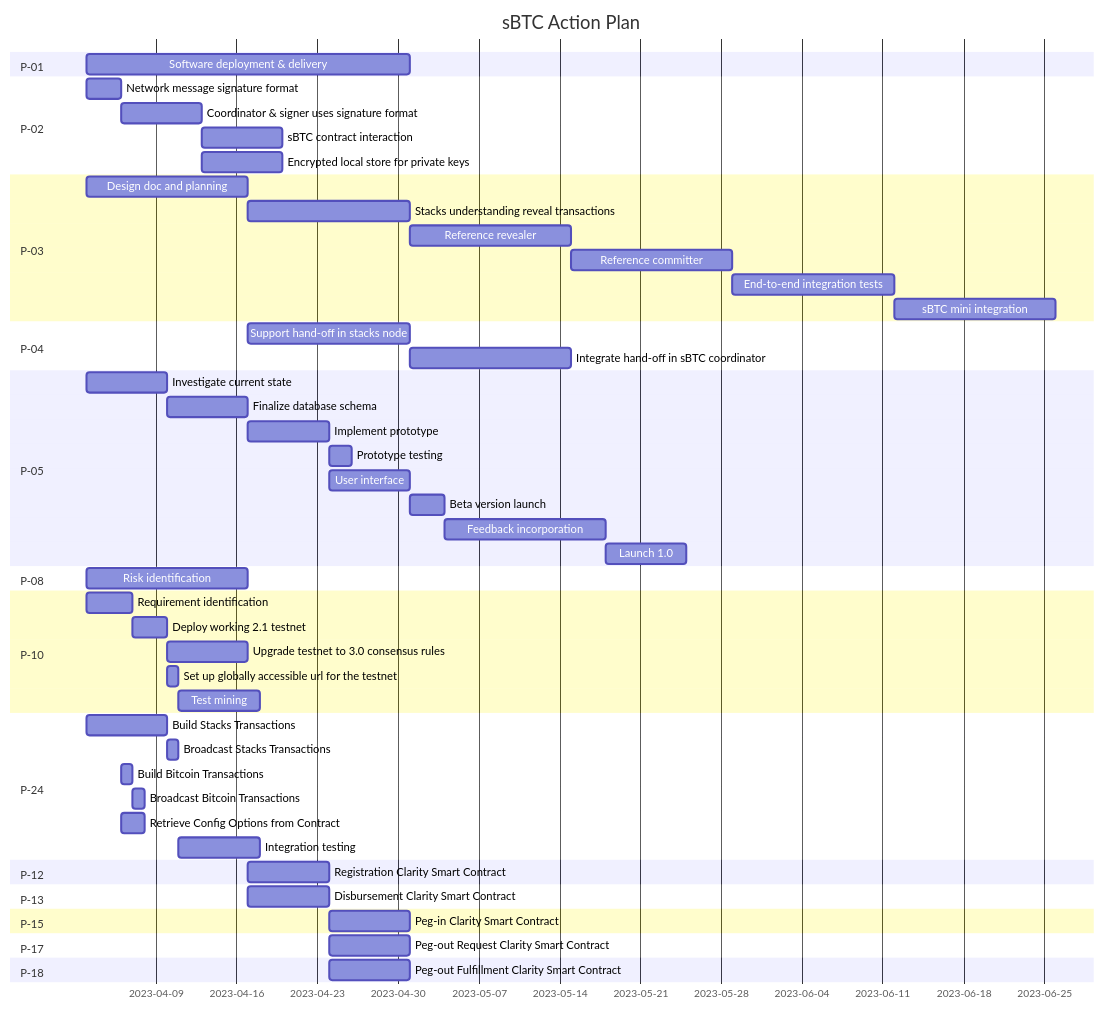
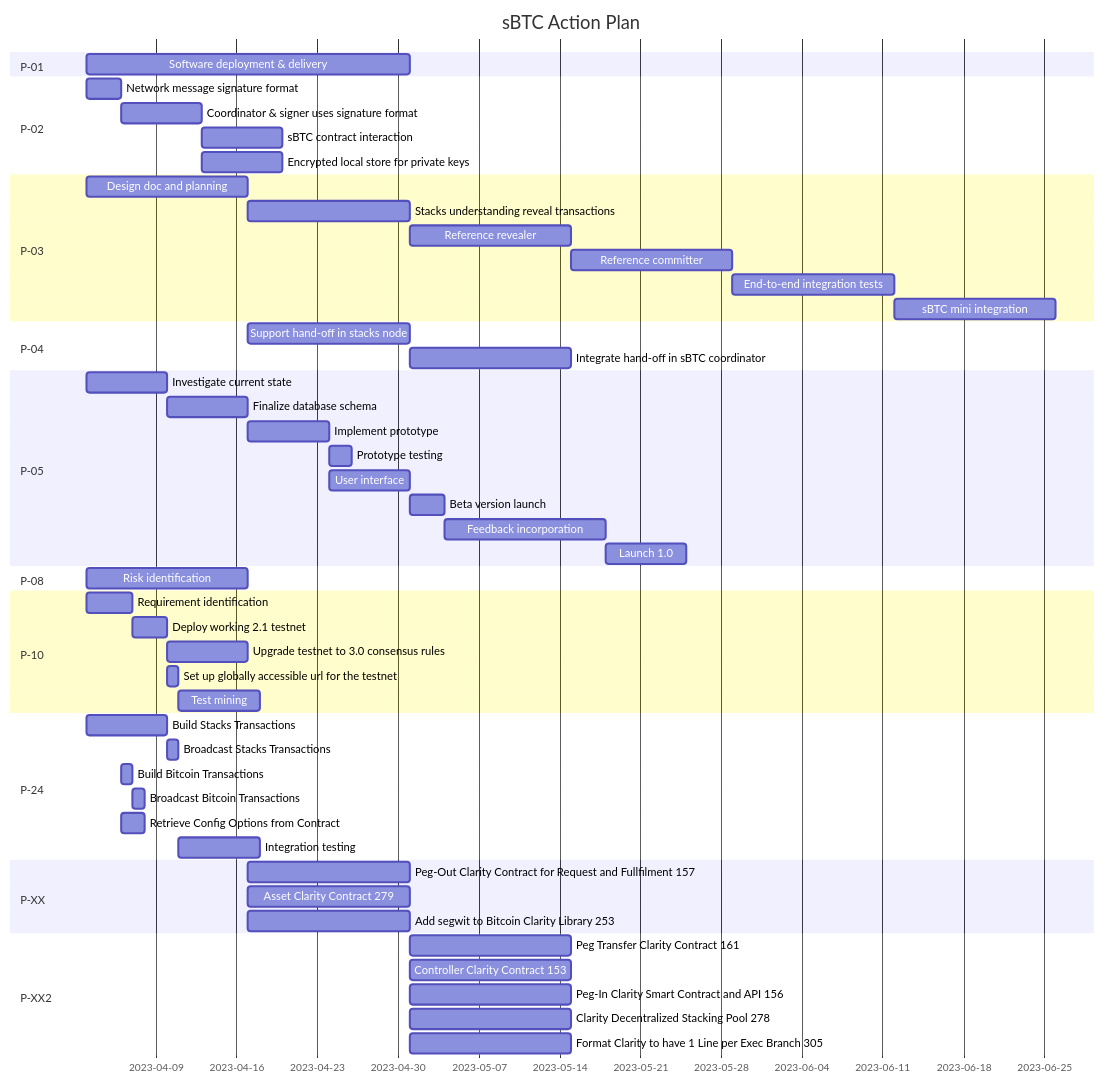
The diagram in sbtc-planning/README.md (tbraun96/stacks-sbtc), drawn with Mermaid before and after one commit.

Commit message:
adding clarity roadmap

````diff
--- a/sbtc-planning/README.md
+++ b/sbtc-planning/README.md
@@ -7,71 +7,66 @@
 ```mermaid
 gantt
     dateFormat  YYYY-MM-DD
     title sBTC Action Plan
 
     section P-01
         Software deployment & delivery     :a1, 2023-04-03, 28d
 
     section P-02
         Network message signature format              :b1, 2023-04-03, 3d
         Coordinator & signer uses signature format    :b2, after b1, 7d
         sBTC contract interaction                     :b3, after b2, 7d
         Encrypted local store for private keys        :b4, after  b2, 7d
 
     section P-03
         Design doc and planning                         :c1, 2023-04-03, 14d
         Stacks understanding reveal transactions        :c2, after c1, 14d
         Reference revealer                              :c3, after c2, 14d
         Reference committer                             :c4, after c3, 14d
         End-to-end integration tests                    :c5, after c4, 14d
         sBTC mini integration                           :c6, after c5, 14d
 
     section P-04
         Support hand-off in stacks node          :d1, after c1, 14d
         Integrate hand-off in sBTC coordinator   :d2, after d1, 14d
 
     section P-05
         Investigate current state     :e1, 2023-04-03, 7d
         Finalize database schema      :e2, after e1, 7d
         Implement prototype           :e3, after e2, 7d
         Prototype testing             :e4, after e3, 2d
         User interface                :e5, after e3, 7d
         Beta version launch           :e6, after e5, 3d
         Feedback incorporation        :e7, after e6, 14d
         Launch 1.0                    :e8, after e7, 7d
 
     section P-08
         Risk identification      :f1, 2023-04-03, 14d
 
     section P-10
         Requirement identification                      :h1, 2023-04-03, 4d
         Deploy working 2.1 testnet                      :h2, after h1, 3d
         Upgrade testnet to 3.0 consensus rules          :h3, after h2, 7d
         Set up globally accessible url for the testnet  :h4, after h2, 1d
         Test mining                                     :h5, after h4, 7d
 
     section P-24
         Build Stacks Transactions              :i1, 2023-04-03, 7d
         Broadcast Stacks Transactions          :i2, after i1, 1d
         Build Bitcoin Transactions             :i3, 2023-04-06, 1d
         Broadcast Bitcoin Transactions         :i4, after i3, 1d
         Retrieve Config Options from Contract  :i5, 2023-04-06, 2d
         Integration testing     :i6, after i2, 7d
 
-    section P-12
-        Registration Clarity Smart Contract  :j1, 2023-04-17, 7d
+    section P-XX
+        Peg-Out Clarity Contract for Request and Fullfilment 157  :j1, 2023-04-17, 14d
+        Asset Clarity Contract 279 :j2, 2023-04-17, 14d
+        Add segwit to Bitcoin Clarity Library 253 :j3, 2023-04-17, 14d
 
-    section P-13
-        Disbursement Clarity Smart Contract  :j1, 2023-04-17, 7d
-
-    section P-15
-        Peg-in Clarity Smart Contract  :k1, after j1, 7d  
-
-    section P-17
-        Peg-out Request Clarity Smart Contract  :k1, after j1, 7d  
-        
-    section P-18
-        Peg-out Fulfillment Clarity Smart Contract  :k1, after j1, 7d  
-
-
+    section P-XX2
+        Peg Transfer Clarity Contract 161 :k1, after j3, 14d
+        Controller Clarity Contract 153 :k2, after j3, 14d
+        Peg-In Clarity Smart Contract and API 156 :k3, after j3, 14d
+        Clarity Decentralized Stacking Pool 278 :k4, after j3, 14d
+        Format Clarity to have 1 Line per Exec Branch 305 :k5, after j3, 14d
 ```
````
